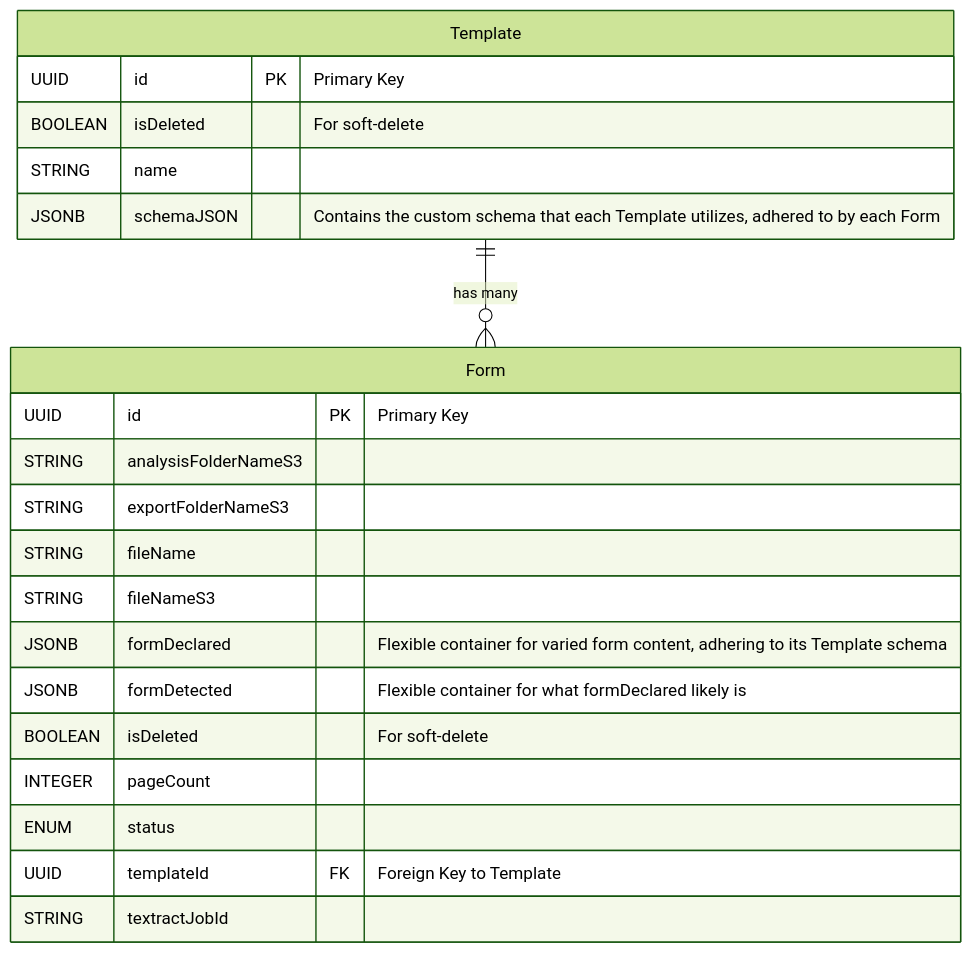
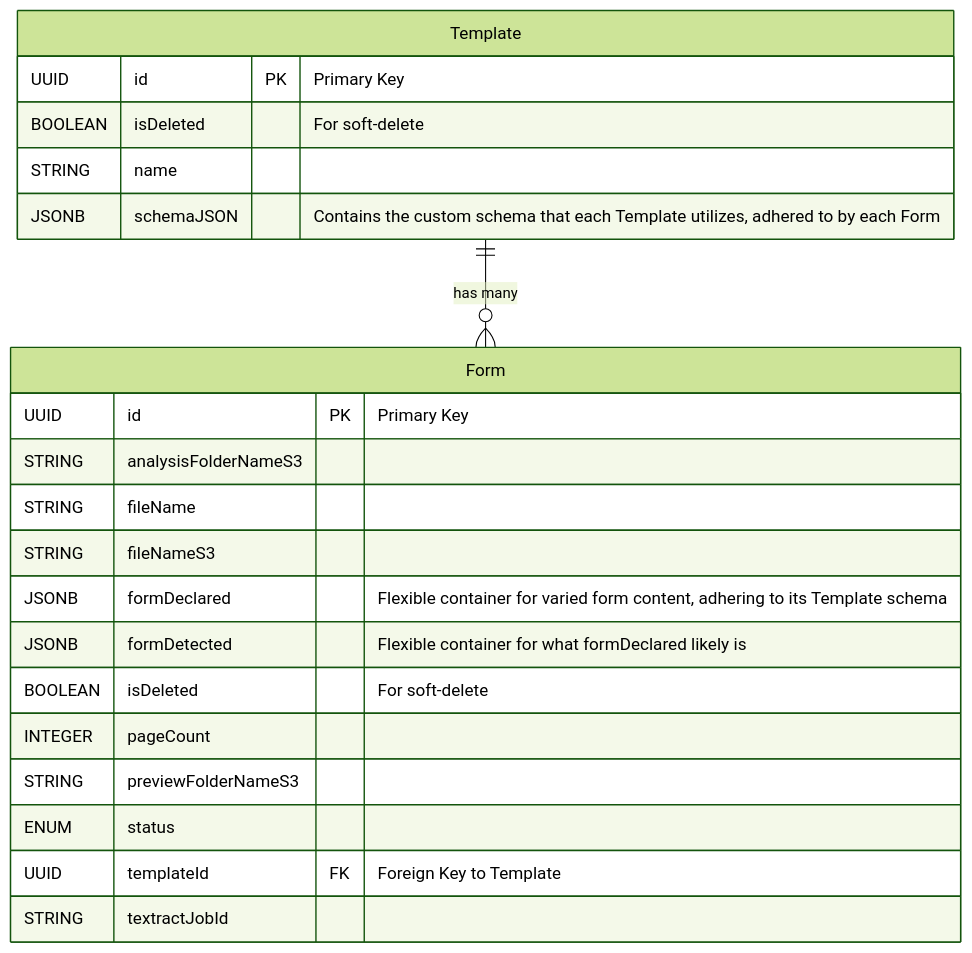
Before and after one commit to rob-mosher/form-toolbox-app: the third of 4 diagrams in README.md, drawn with Mermaid (forest theme). The commit also changed 6 other files, not shown here.

First line of the commit message:
refactor(api)!: change folder name in S3 from 'exports' to 'previews'

````diff
--- a/README.md
+++ b/README.md
@@ -115,26 +115,26 @@
 ```mermaid
 erDiagram
   Form {
     UUID id PK "Primary Key"
     STRING analysisFolderNameS3
-    STRING exportFolderNameS3
     STRING fileName
     STRING fileNameS3
     JSONB formDeclared "Flexible container for varied form content, adhering to its Template schema"
     JSONB formDetected "Flexible container for what formDeclared likely is"
     BOOLEAN isDeleted "For soft-delete"
     INTEGER pageCount
+    STRING previewFolderNameS3
     ENUM status
     UUID templateId FK "Foreign Key to Template"
     STRING textractJobId
   }
 
   Template {
     UUID id PK "Primary Key"
     BOOLEAN isDeleted "For soft-delete"
     STRING name
     JSONB schemaJSON "Contains the custom schema that each Template utilizes, adhered to by each Form"
   }
 
 Template ||--o{ Form : "has many"
 ```
````
